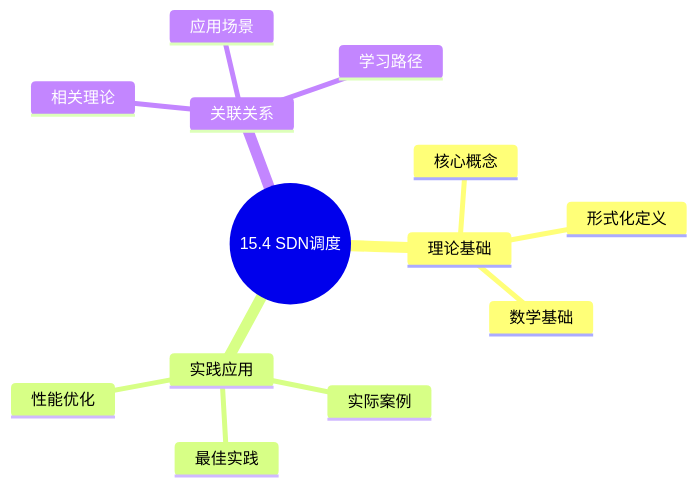
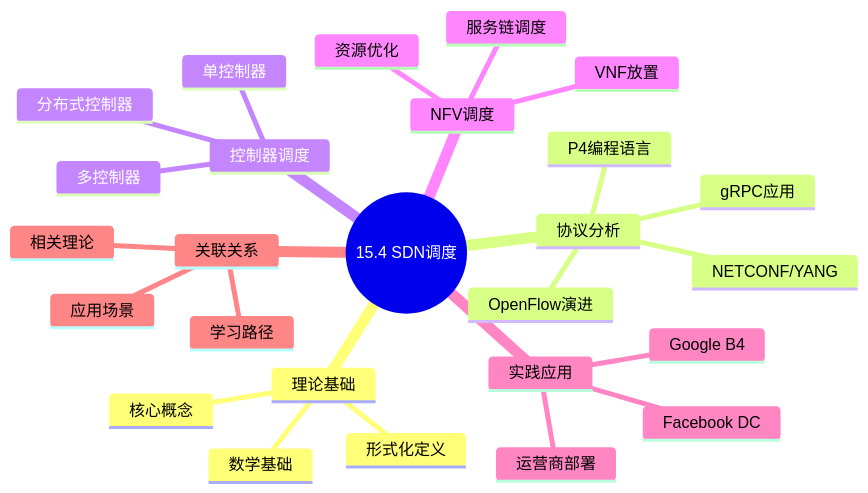
One commit to AdaMartin18010/FormalScience changed the first of 7 diagrams in Composed/schedule_formal_view/15_网络调度系统/15.4_SDN调度.md. Above: the diagram before and after it, drawn with Mermaid. The commit also changed other lines of this file and 78 other files, not shown here.

````diff
--- a/Composed/schedule_formal_view/15_网络调度系统/15.4_SDN调度.md
+++ b/Composed/schedule_formal_view/15_网络调度系统/15.4_SDN调度.md
@@ -30,16 +50,29 @@
 ```mermaid
 mindmap
   root((15.4 SDN调度))
     理论基础
       核心概念
       形式化定义
       数学基础
+    协议分析
+      OpenFlow演进
+      P4编程语言
+      gRPC应用
+      NETCONF/YANG
+    控制器调度
+      单控制器
+      多控制器
+      分布式控制器
+    NFV调度
+      VNF放置
+      服务链调度
+      资源优化
     实践应用
-      实际案例
-      最佳实践
-      性能优化
+      Google B4
+      Facebook DC
+      运营商部署
     关联关系
       相关理论
       应用场景
       学习路径
 ```
````
